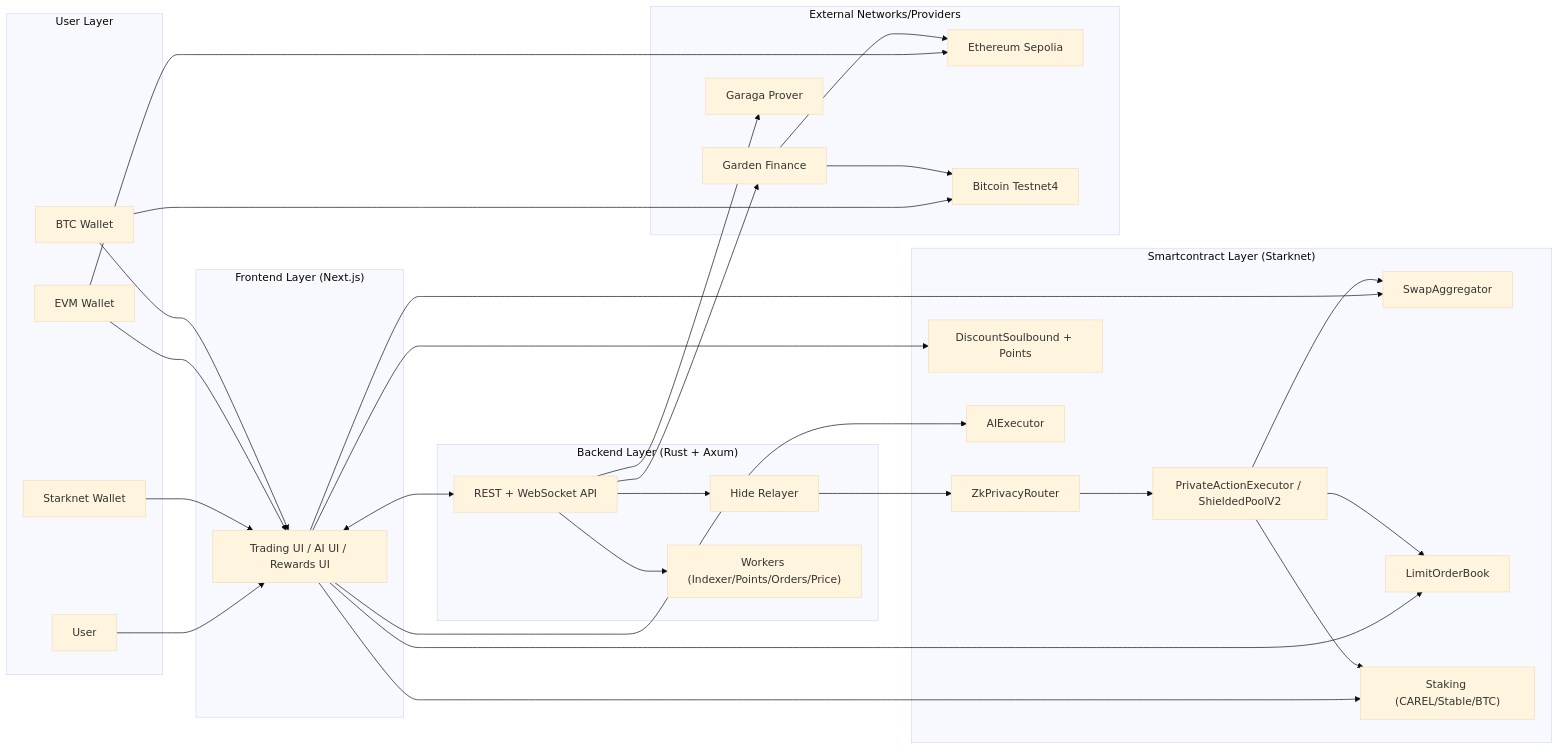
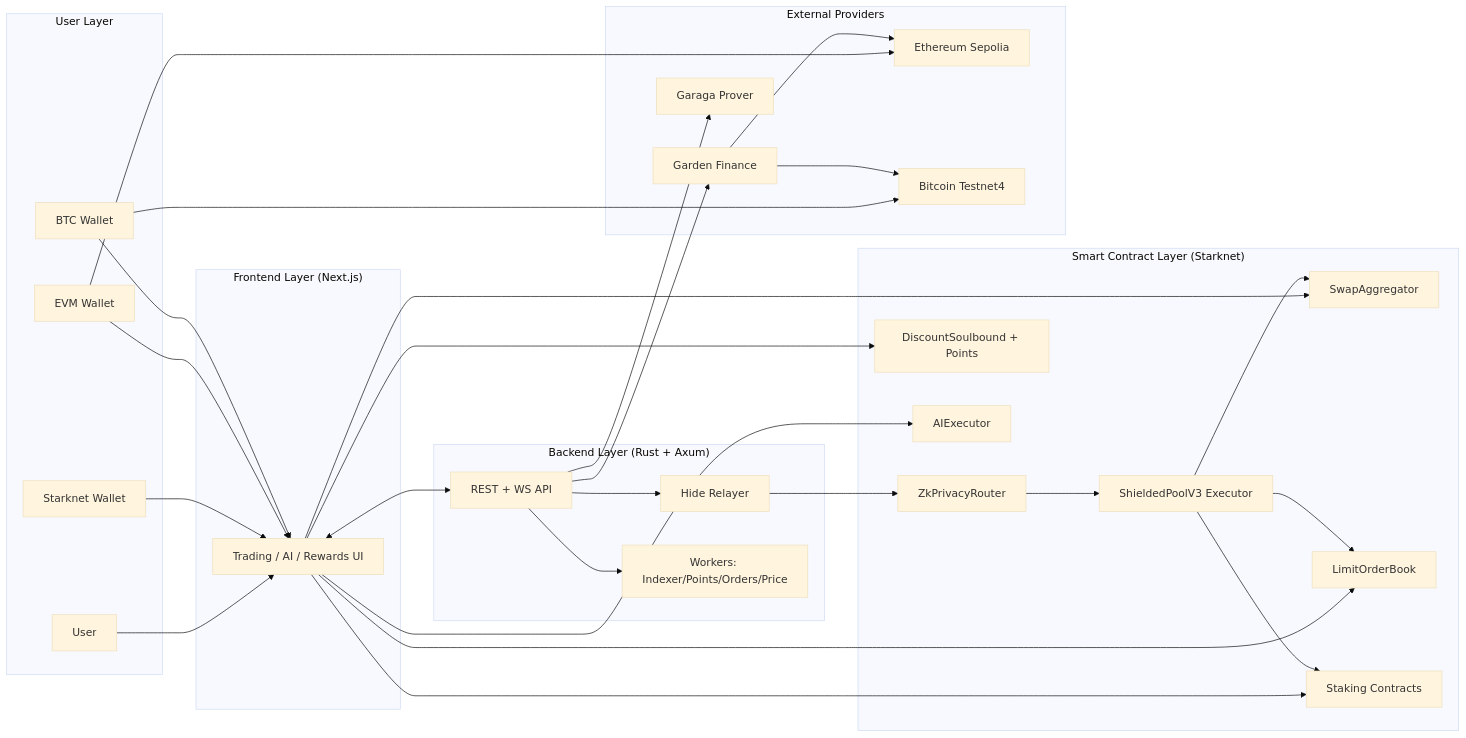
Before and after one commit to ntfound-dev/zkcarel_protocol: the first of 3 diagrams in README.md, drawn with Mermaid (base theme). The commit also changed other lines of this file and 25 other files, not shown here.

````diff
--- a/README.md
+++ b/README.md
@@ -47,64 +53,64 @@
 ```mermaid
 flowchart LR
   subgraph USER["User Layer"]
     U["User"]
     SW["Starknet Wallet"]
     EW["EVM Wallet"]
     BW["BTC Wallet"]
   end
 
   subgraph FE["Frontend Layer (Next.js)"]
-    UI["Trading UI / AI UI / Rewards UI"]
+    UI["Trading / AI / Rewards UI"]
   end
 
   subgraph BE["Backend Layer (Rust + Axum)"]
-    API["REST + WebSocket API"]
+    API["REST + WS API"]
     REL["Hide Relayer"]
-    WRK["Workers (Indexer/Points/Orders/Price)"]
+    WRK["Workers: Indexer/Points/Orders/Price"]
   end
 
-  subgraph SC["Smartcontract Layer (Starknet)"]
+  subgraph SC["Smart Contract Layer (Starknet)"]
     SWAP["SwapAggregator"]
     LOB["LimitOrderBook"]
-    STAKE["Staking (CAREL/Stable/BTC)"]
+    STAKE["Staking Contracts"]
     ZK["ZkPrivacyRouter"]
-    EXEC["PrivateActionExecutor / ShieldedPoolV2"]
+    EXEC["ShieldedPoolV3 Executor"]
     NFT["DiscountSoulbound + Points"]
     AI["AIExecutor"]
   end
 
-  subgraph EXT["External Networks/Providers"]
+  subgraph EXT["External Providers"]
     ETH["Ethereum Sepolia"]
     BTC["Bitcoin Testnet4"]
     GARDEN["Garden Finance"]
     GARAGA["Garaga Prover"]
   end
 
   U --> UI
   SW --> UI
   EW --> UI
   BW --> UI
 
   UI <--> API
   API --> WRK
   API --> REL
   API --> GARAGA
   API --> GARDEN
 
   UI --> SWAP
   UI --> LOB
   UI --> STAKE
   UI --> NFT
   UI --> AI
 
   REL --> ZK
   ZK --> EXEC
   EXEC --> SWAP
   EXEC --> LOB
   EXEC --> STAKE
 
   EW --> ETH
   BW --> BTC
   GARDEN --> ETH
   GARDEN --> BTC
 ```
````
